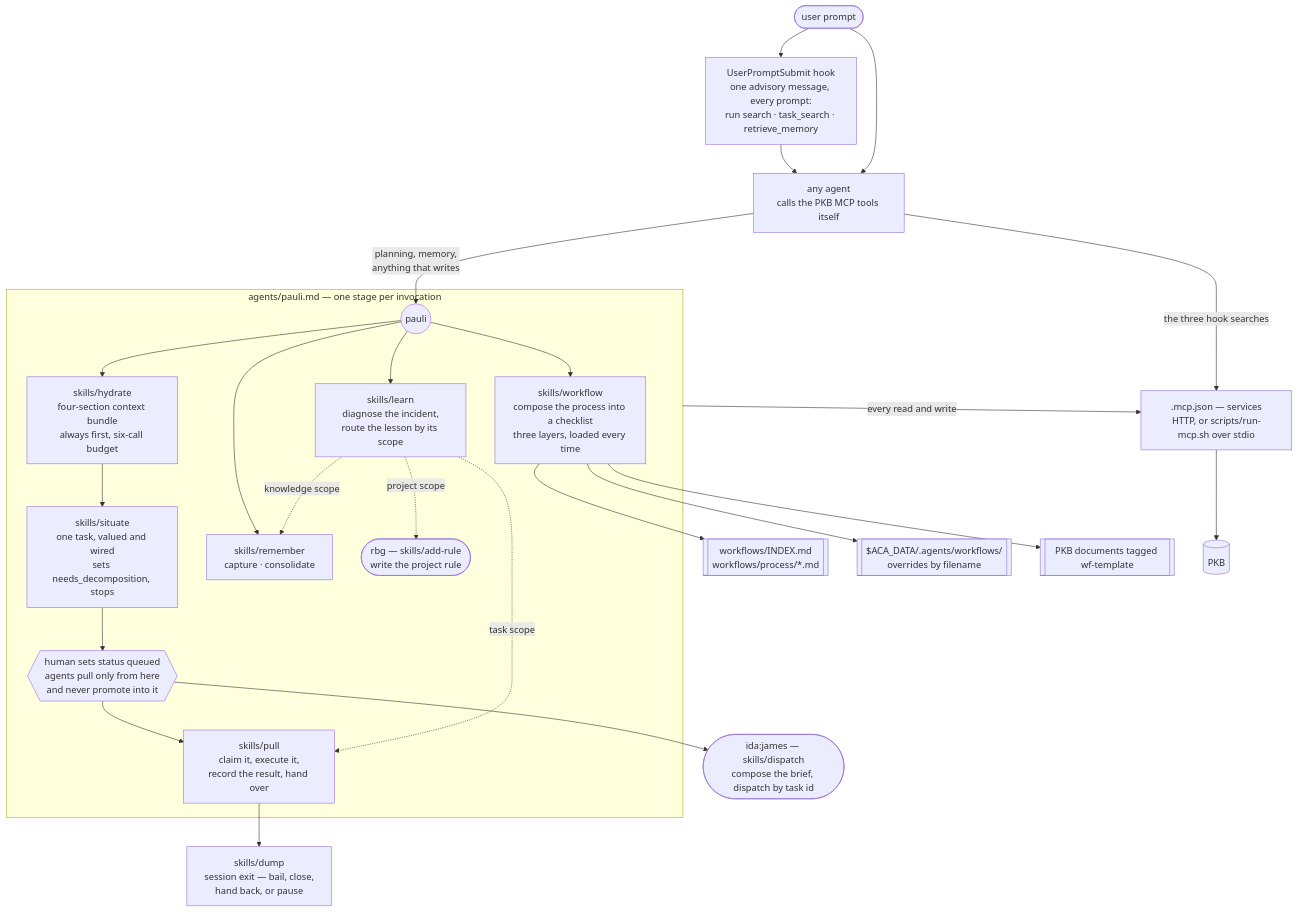
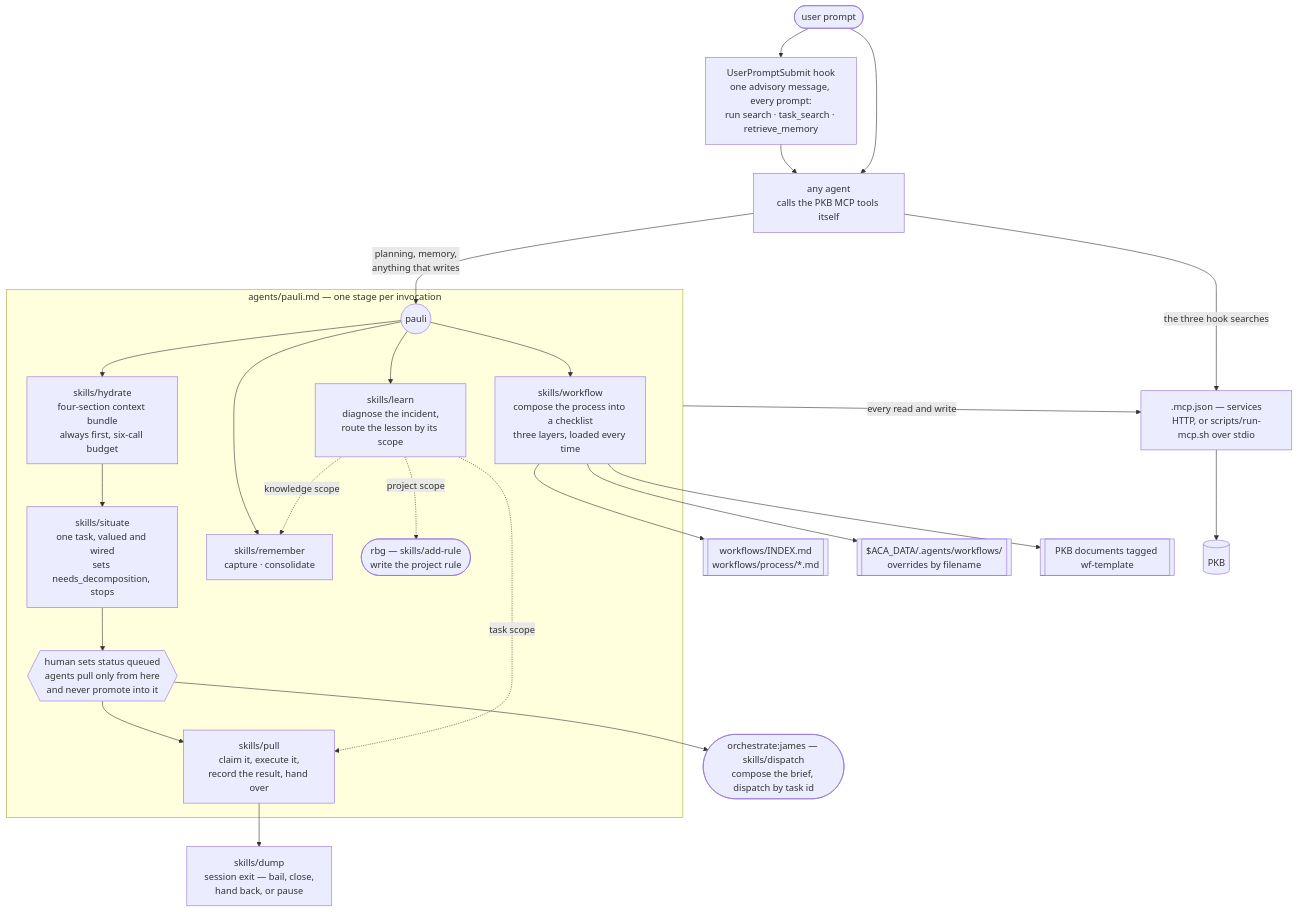
Before and after one commit to nicsuzor/academicOps: the diagram in plugins/pkb/README.md, drawn with Mermaid. The commit also changed 21 other files, not shown here.

````diff
--- a/plugins/pkb/README.md
+++ b/plugins/pkb/README.md
@@ -8,40 +8,40 @@
 ```mermaid
 flowchart TD
     prompt([user prompt]) --> hook
 
     hook["UserPromptSubmit hook<br/>one advisory message, every prompt:<br/>run search · task_search · retrieve_memory"]
     hook --> agent
     prompt --> agent["any agent<br/>calls the PKB MCP tools itself"]
 
     agent -- "planning, memory,<br/>anything that writes" --> pauli
 
     subgraph pkbwrite["agents/pauli.md — one stage per invocation"]
         pauli(("pauli"))
         pauli --> hydrate["skills/hydrate<br/>four-section context bundle<br/>always first, six-call budget"]
 
         hydrate --> situate["skills/situate<br/>one task, valued and wired<br/>sets needs_decomposition, stops"]
         situate --> gate{{"human sets status queued<br/>agents pull only from here<br/>and never promote into it"}}
         gate --> pull["skills/pull<br/>claim it, execute it,<br/>record the result, hand over"]
 
         pauli --> composer["skills/workflow<br/>compose the process into a checklist<br/>three layers, loaded every time"]
         pauli --> remember["skills/remember<br/>capture · consolidate"]
         pauli --> learn["skills/learn<br/>diagnose the incident,<br/>route the lesson by its scope"]
 
         learn -. knowledge scope .-> remember
         learn -. project scope .-> addrule(["rbg — skills/add-rule<br/>write the project rule"])
         learn -. task scope .-> pull
     end
 
     pull --> dump["skills/dump<br/>session exit — bail, close,<br/>hand back, or pause"]
 
     composer --> library[["workflows/INDEX.md<br/>workflows/process/*.md"]]
     composer --> userlayer[["$ACA_DATA/.agents/workflows/<br/>overrides by filename"]]
     composer --> wftemplates[["PKB documents tagged wf-template"]]
 
     pkbwrite -- "every read and write" --> mcp
     agent -- "the three hook searches" --> mcp
 
     mcp[".mcp.json — services<br/>HTTP, or scripts/run-mcp.sh over stdio"] --> pkbstore[(PKB)]
 
-    gate --> dispatch(["ida:james — skills/dispatch<br/>compose the brief, dispatch by task id"])
+    gate --> dispatch(["orchestrate:james — skills/dispatch<br/>compose the brief, dispatch by task id"])
 ```
````
